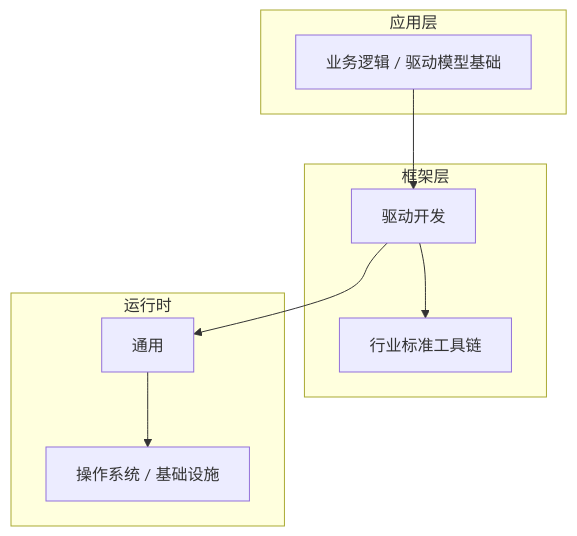
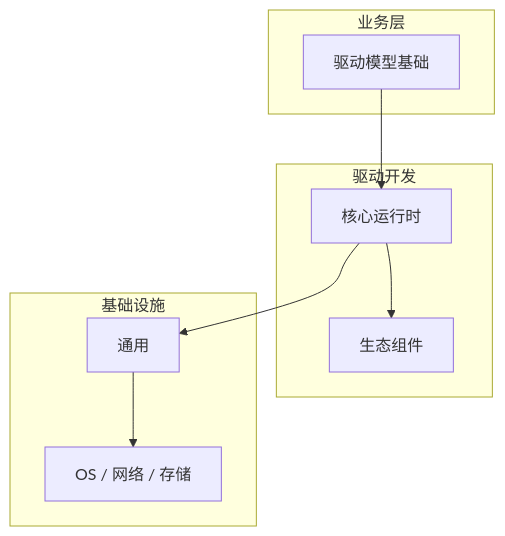
One commit to yanggan2015/knowledge-json-v2 changed the diagram in articles/驱动开发/chapters/001-驱动模型基础核心概念与原理.md. Above: the diagram before and after it, drawn with Mermaid. The commit also changed other lines of this file and 10127 other files, not shown here.

````diff
--- a/articles/驱动开发/chapters/001-驱动模型基础核心概念与原理.md
+++ b/articles/驱动开发/chapters/001-驱动模型基础核心概念与原理.md
@@ -45,18 +34,18 @@
 ```mermaid
 graph TB
-    subgraph 应用层
-        A[业务逻辑 / 驱动模型基础]
+    subgraph 业务层
+        A[驱动模型基础]
     end
-    subgraph 框架层
-        B[驱动开发]
-        C[行业标准工具链]
+    subgraph 驱动开发
+        B[核心运行时]
+        C[生态组件]
     end
-    subgraph 运行时
+    subgraph 基础设施
         D[通用]
-        E[操作系统 / 基础设施]
+        E[OS / 网络 / 存储]
     end
     A --> B
     B --> C
     B --> D
     D --> E
 ```
````
